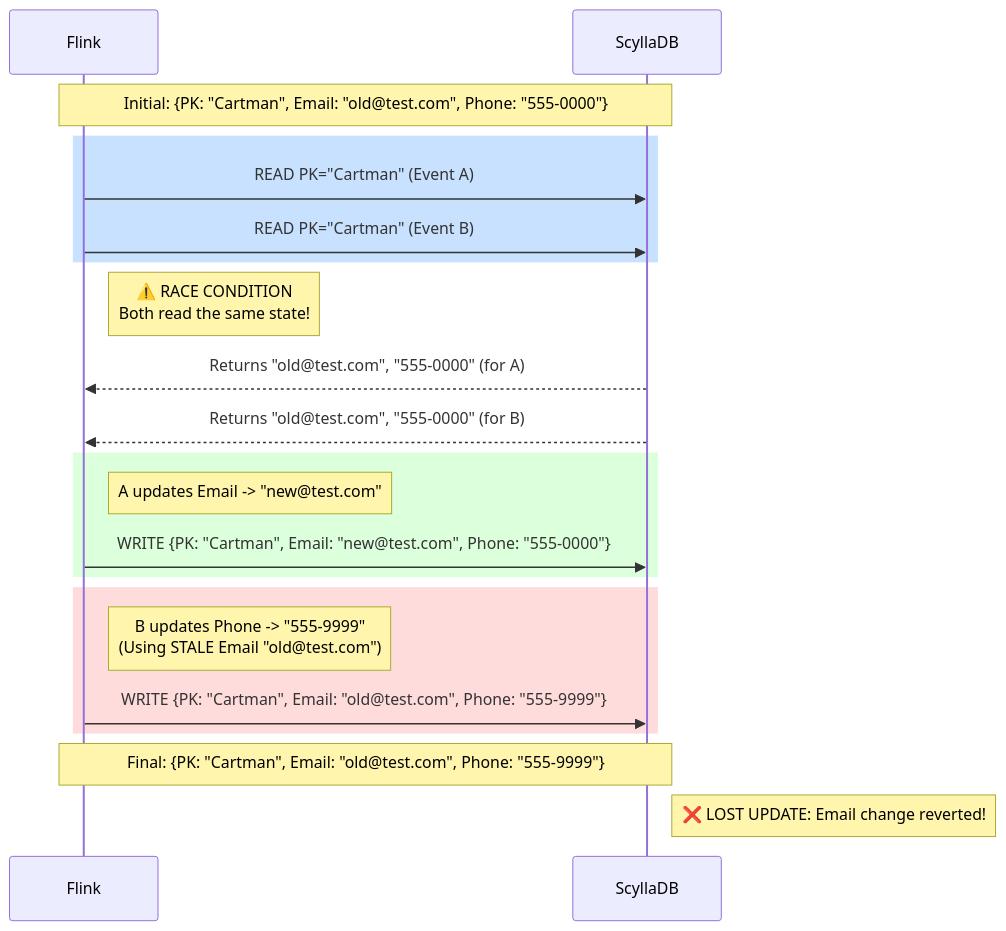
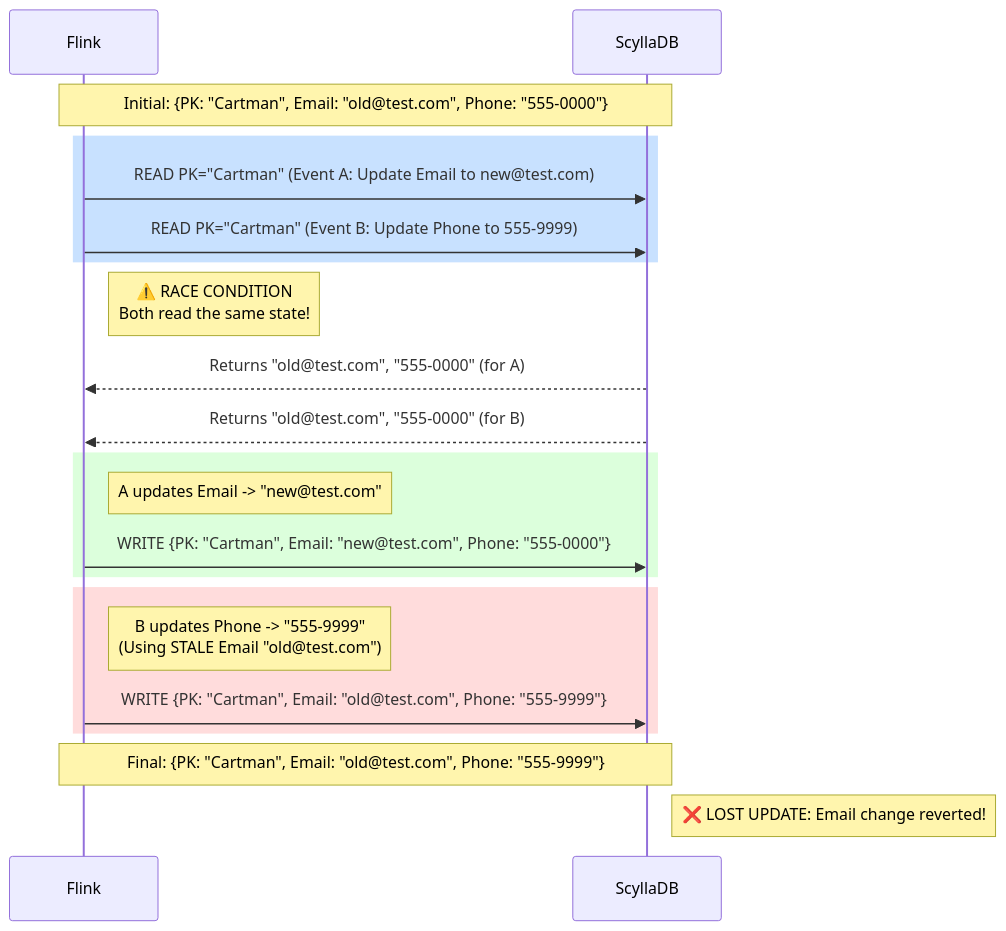
One commit to scaars10/scaars10.github.io changed the first of 2 diagrams in posts/stateful-async.md. Above: the diagram before and after it, drawn with Mermaid.

Commit message:
Update diagram

````diff
--- a/posts/stateful-async.md
+++ b/posts/stateful-async.md
@@ -32,30 +32,30 @@
 ```mermaid
 sequenceDiagram
     participant Flink
     participant DB as ScyllaDB
     
     Note over Flink, DB: Initial: {PK: "Cartman", Email: "old@test.com", Phone: "555-0000"}
     
     rect rgb(200, 225, 255)
-    Flink->>DB: READ PK="Cartman" (Event A)
-    Flink->>DB: READ PK="Cartman" (Event B)
+    Flink->>DB: READ PK="Cartman" (Event A: Update Email to new@test.com)
+    Flink->>DB: READ PK="Cartman" (Event B: Update Phone to 555-9999)
     end
     
     Note right of Flink: ⚠️ RACE CONDITION<br/>Both read the same state!
     
     DB-->>Flink: Returns "old@test.com", "555-0000" (for A)
     DB-->>Flink: Returns "old@test.com", "555-0000" (for B)
     
     rect rgb(220, 255, 220)
     Note right of Flink: A updates Email -> "new@test.com"
     Flink->>DB: WRITE {PK: "Cartman", Email: "new@test.com", Phone: "555-0000"}
     end
     
     rect rgb(255, 220, 220)
     Note right of Flink: B updates Phone -> "555-9999"<br/>(Using STALE Email "old@test.com")
     Flink->>DB: WRITE {PK: "Cartman", Email: "old@test.com", Phone: "555-9999"}
     end
     
     Note over Flink, DB: Final: {PK: "Cartman", Email: "old@test.com", Phone: "555-9999"}
     Note right of DB: ❌ LOST UPDATE: Email change reverted!
 ```
````
